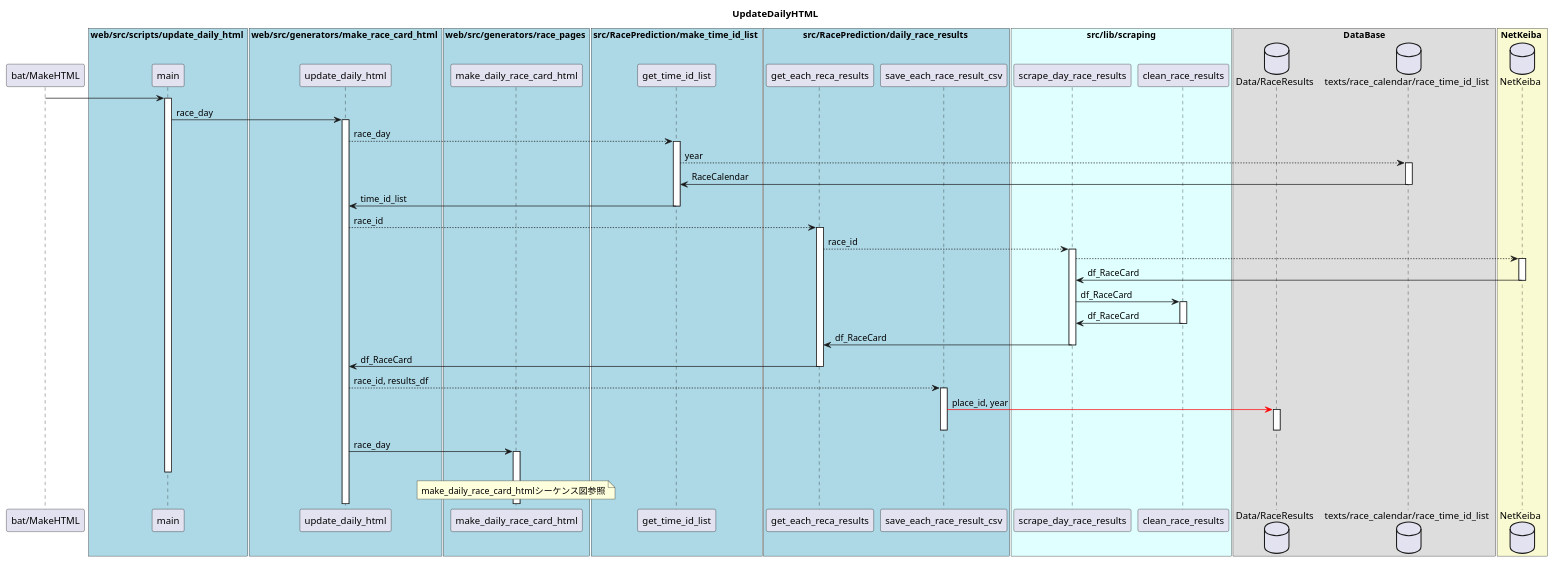
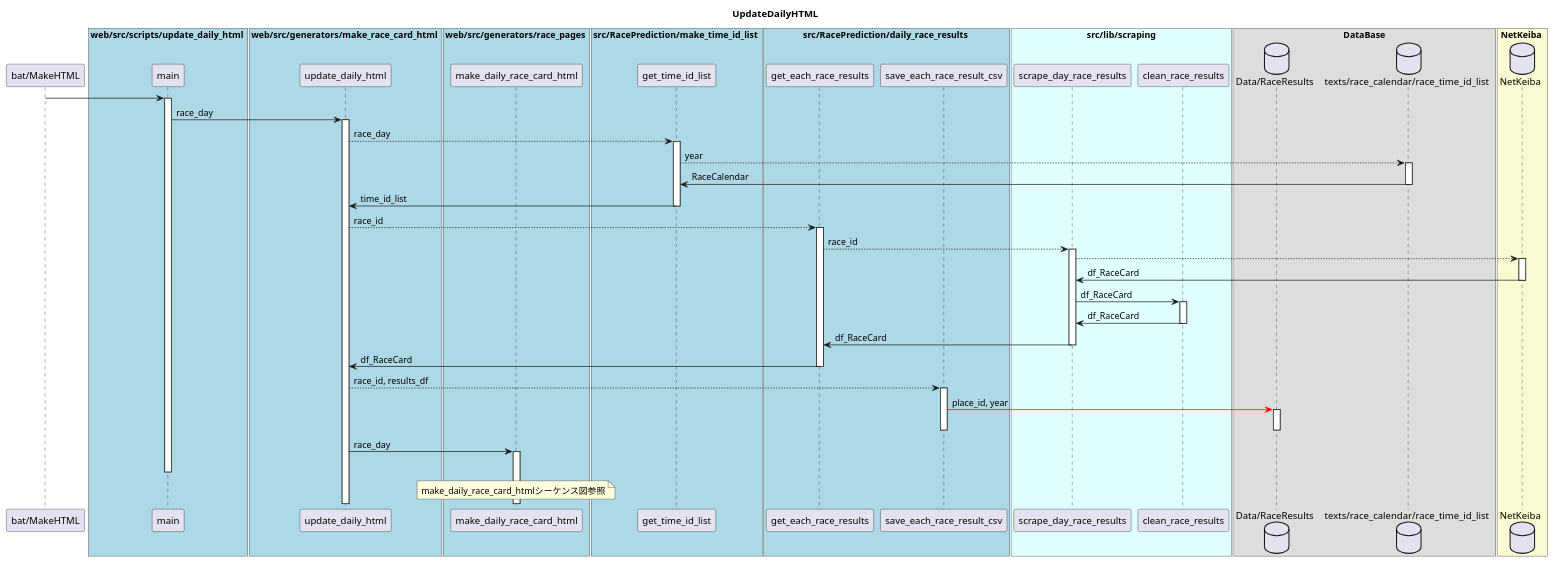
One commit to keibamar/keiba_ai_ver2.0 changed the diagram in specifications/Sequence/UpdateDailyHTML/00_UpdateDailyHTML.pu. Above: the diagram before and after it, drawn with PlantUML. The commit also changed 3 other files, not shown here.

```diff
--- a/specifications/Sequence/UpdateDailyHTML/00_UpdateDailyHTML.pu
+++ b/specifications/Sequence/UpdateDailyHTML/00_UpdateDailyHTML.pu
@@ -1,89 +1,89 @@
 @startuml
 
 title UpdateDailyHTML
 
 participant "bat/MakeHTML" as bat
 
 box web/src/scripts/update_daily_html #LightBlue
 participant "main" as main
 end box
 box web/src/generators/make_race_card_html #LightBlue
 participant "update_daily_html" as update_daily_html
 end box
 box web/src/generators/race_pages #LightBlue
 participant "make_daily_race_card_html" as make_daily_race_card_html
 end box
 box src/RacePrediction/make_time_id_list #LightBlue
 participant "get_time_id_list" as get_time_id_list
 end box
 box src/RacePrediction/daily_race_results #LightBlue
-participant "get_each_reca_results" as get_each_reca_results
+participant "get_each_race_results" as get_each_race_results
 participant "save_each_race_result_csv" as save_each_race_result_csv
 end box
 
 box "src/lib/scraping" #LightCyan
 participant "scrape_day_race_results" as scrape_day_race_results
 participant "clean_race_results" as clean_race_results
 end box
 
 box DataBase
 database "Data/RaceResults" as DBRaceResults
 database "texts/race_calendar/race_time_id_list" as RaceCalendar
 end box
 
 box NetKeiba #LightGoldenRodYellow
 database "NetKeiba" as NetKeiba
 end box
 
 
 bat -> main
 activate main
     main -> update_daily_html : race_day
     activate update_daily_html
         ' time_id_listの取得
         update_daily_html -[dotted]> get_time_id_list : race_day
         activate get_time_id_list
             get_time_id_list -[dotted]> RaceCalendar : year
             activate RaceCalendar
                 RaceCalendar -> get_time_id_list : RaceCalendar
             deactivate RaceCalendar
             get_time_id_list -> update_daily_html : time_id_list
         deactivate get_time_id_list
 
         ' 各レース結果の取得と保存
-        update_daily_html -[dotted]> get_each_reca_results : race_id
-        activate get_each_reca_results
-            get_each_reca_results -[dotted]> scrape_day_race_results : race_id
+        update_daily_html -[dotted]> get_each_race_results : race_id
+        activate get_each_race_results
+            get_each_race_results -[dotted]> scrape_day_race_results : race_id
             activate scrape_day_race_results
                 scrape_day_race_results -[dotted]> NetKeiba
                 activate NetKeiba
                     NetKeiba -> scrape_day_race_results : df_RaceCard
                 deactivate NetKeiba
                 scrape_day_race_results -> clean_race_results : df_RaceCard
                 activate clean_race_results
                     clean_race_results -> scrape_day_race_results : df_RaceCard
                 deactivate clean_race_results
-                scrape_day_race_results -> get_each_reca_results : df_RaceCard
+                scrape_day_race_results -> get_each_race_results : df_RaceCard
             deactivate scrape_day_race_results
-            get_each_reca_results -> update_daily_html : df_RaceCard
-        deactivate get_each_reca_results
+            get_each_race_results -> update_daily_html : df_RaceCard
+        deactivate get_each_race_results
 
         ' 各レース結果の保存
         update_daily_html -[dotted]> save_each_race_result_csv : race_id, results_df
         activate save_each_race_result_csv
             save_each_race_result_csv -[#Red]> DBRaceResults : place_id, year
             activate DBRaceResults
             deactivate DBRaceResults
         deactivate save_each_race_result_csv
         
         update_daily_html ->  make_daily_race_card_html : race_day
         activate make_daily_race_card_html
         note over  make_daily_race_card_html
             make_daily_race_card_htmlシーケンス図参照
         end note
 
 
 deactivate main
 
 
 @enduml
```
